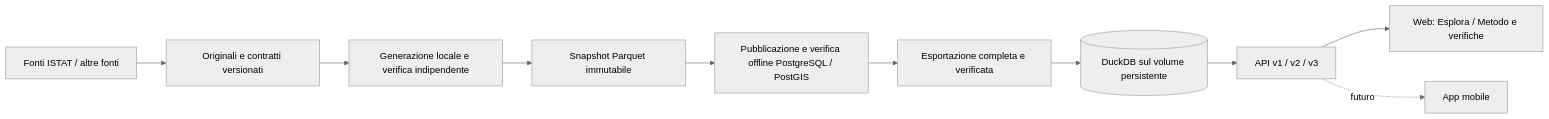
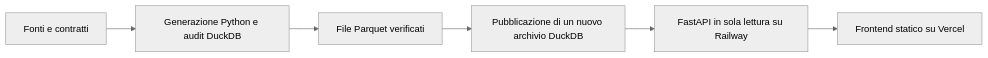
Before and after one commit to matik81/itadb: the diagram in README.md, drawn with Mermaid (neutral theme). The commit also changed other lines of this file and 130 other files, not shown here.

````diff
--- a/README.md
+++ b/README.md
@@ -40,12 +16,8 @@
 ```mermaid
 flowchart LR
-  S[Fonti ISTAT / altre fonti] --> R[Originali e contratti versionati]
-  R --> G[Generazione locale e verifica indipendente]
-  G --> P[Snapshot Parquet immutabile]
-  P --> I[Pubblicazione e verifica offline PostgreSQL / PostGIS]
-  I --> E[Esportazione completa e verificata]
-  E --> D[(DuckDB sul volume persistente)]
-  D --> A[API v1 / v2 / v3]
-  A --> W[Web: Esplora / Metodo e verifiche]
-  A -. futuro .-> M[App mobile]
+  S[Fonti e contratti] --> G[Generazione Python e audit DuckDB]
+  G --> P[File Parquet verificati]
+  P --> D[Pubblicazione di un nuovo archivio DuckDB]
+  D --> A[FastAPI in sola lettura su Railway]
+  A --> W[Frontend statico su Vercel]
 ```
````
